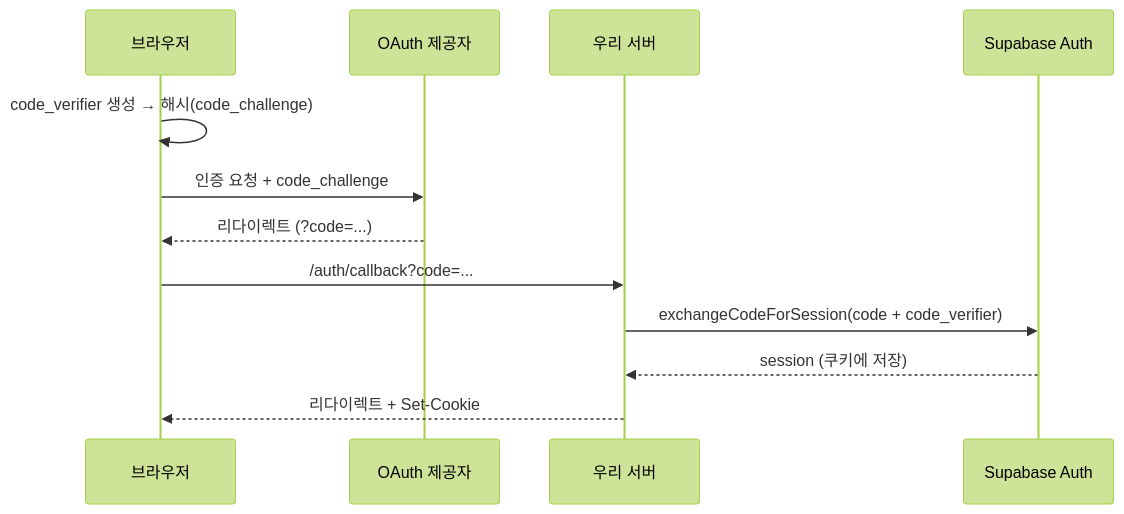
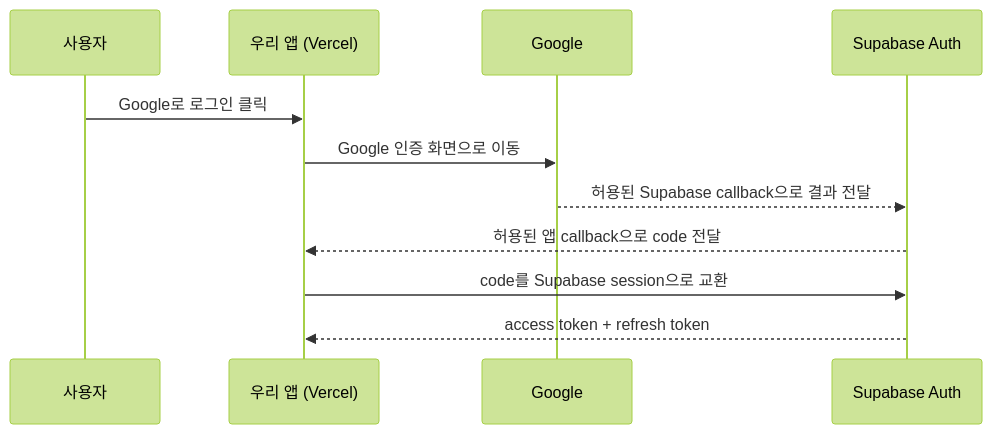
Before and after one commit to mechurak/study-starlight: the diagram in src/content/docs/supabase/06-auth.mdx, drawn with Mermaid (forest theme). The commit also changed other lines of this file and 2 other files, not shown here.

Commit message:
docs: simplify Supabase auth setup guide

````diff
--- a/src/content/docs/supabase/06-auth.mdx
+++ b/src/content/docs/supabase/06-auth.mdx
@@ -337,15 +32,14 @@
 ```mermaid
 sequenceDiagram
-    participant B as 브라우저
-    participant P as OAuth 제공자
-    participant S as 우리 서버
-    participant A as Supabase Auth
+    participant U as 사용자
+    participant App as 우리 앱 (Vercel)
+    participant G as Google
+    participant S as Supabase Auth
 
-    B->>B: code_verifier 생성 → 해시(code_challenge)
-    B->>P: 인증 요청 + code_challenge
-    P-->>B: 리다이렉트 (?code=...)
-    B->>S: /auth/callback?code=...
-    S->>A: exchangeCodeForSession(code + code_verifier)
-    A-->>S: session (쿠키에 저장)
-    S-->>B: 리다이렉트 + Set-Cookie
+    U->>App: Google로 로그인 클릭
+    App->>G: Google 인증 화면으로 이동
+    G-->>S: 허용된 Supabase callback으로 결과 전달
+    S-->>App: 허용된 앱 callback으로 code 전달
+    App->>S: code를 Supabase session으로 교환
+    S-->>App: access token + refresh token
 ```
````
